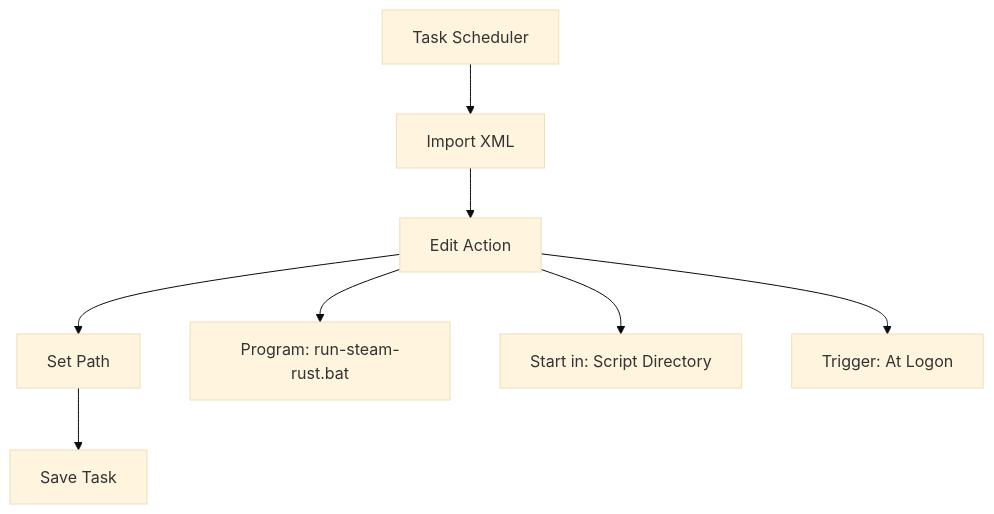
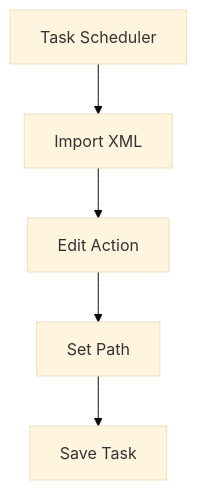
One commit to Hydepwns/nix-mox changed the third of 5 diagrams in docs/guides/windows-automation-guide.md. Above: the diagram before and after it, drawn with Mermaid (base theme). The commit also changed other lines of this file and 145 other files, not shown here.

````diff
--- a/docs/guides/windows-automation-guide.md
+++ b/docs/guides/windows-automation-guide.md
@@ -67,11 +54,7 @@
 ```mermaid
 graph TD
     A[Task Scheduler] --> B[Import XML]
     B --> C[Edit Action]
     C --> D[Set Path]
     D --> E[Save Task]
-    
-    C --> F[Program: run-steam-rust.bat]
-    C --> G[Start in: Script Directory]
-    C --> H[Trigger: At Logon]
 ```
````
